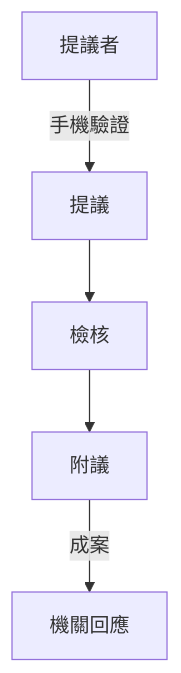
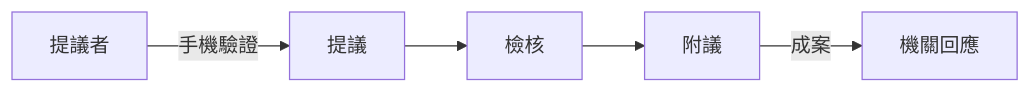
The diagram in Zettelkasten/公共政策網路參與平台.md (Ethane1755/Obsidian), drawn with Mermaid before and after one commit. The commit also changed 1 other file, not shown here.

Commit message:
Obsidian Backup 2021-10-26 20:18
Affected files:
.obsidian/appearance.json
Zettelkasten/\345\205\254\345\205\261\346\224\277\347\255\226\347\266\262\350\267\257\345\217\203\350\210\207\345\271\263\345\217\260.md

````diff
--- a/Zettelkasten/公共政策網路參與平台.md
+++ b/Zettelkasten/公共政策網路參與平台.md
@@ -62,4 +62,4 @@
 ```mermaid 
-graph TD
+graph LR
 提議者-->|手機驗證|提議-->檢核-->附議-->|成案|機關回應
 ```
````
